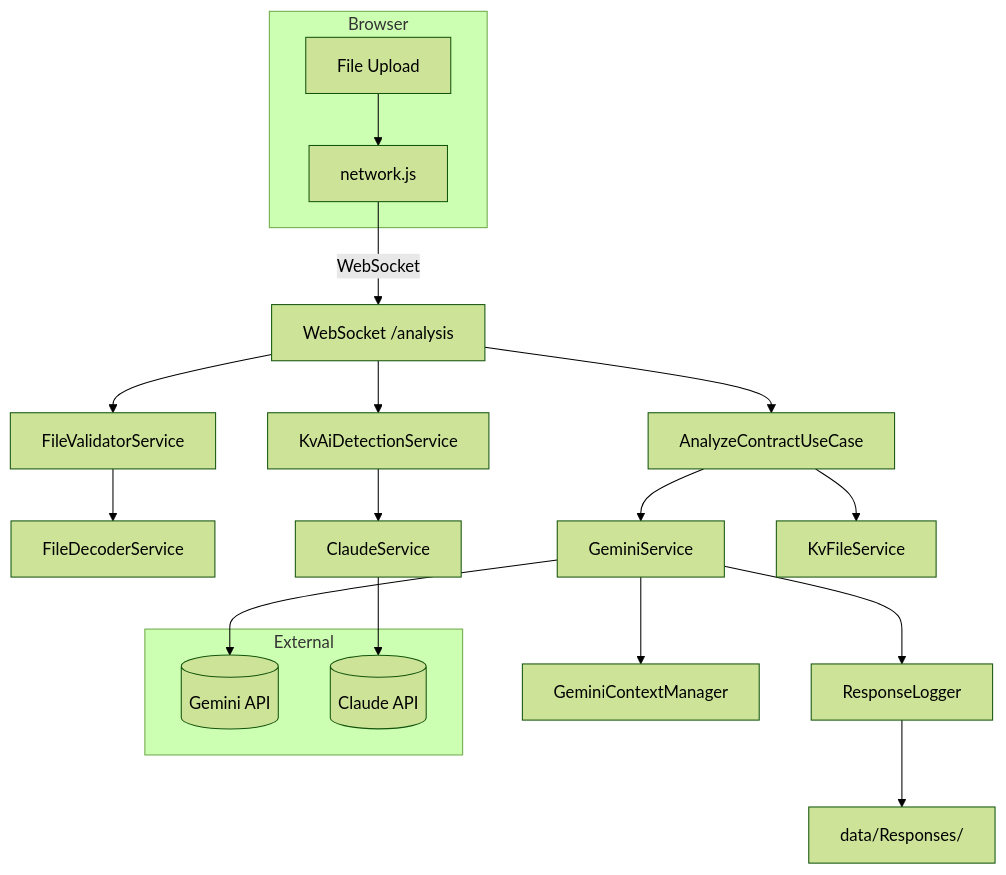
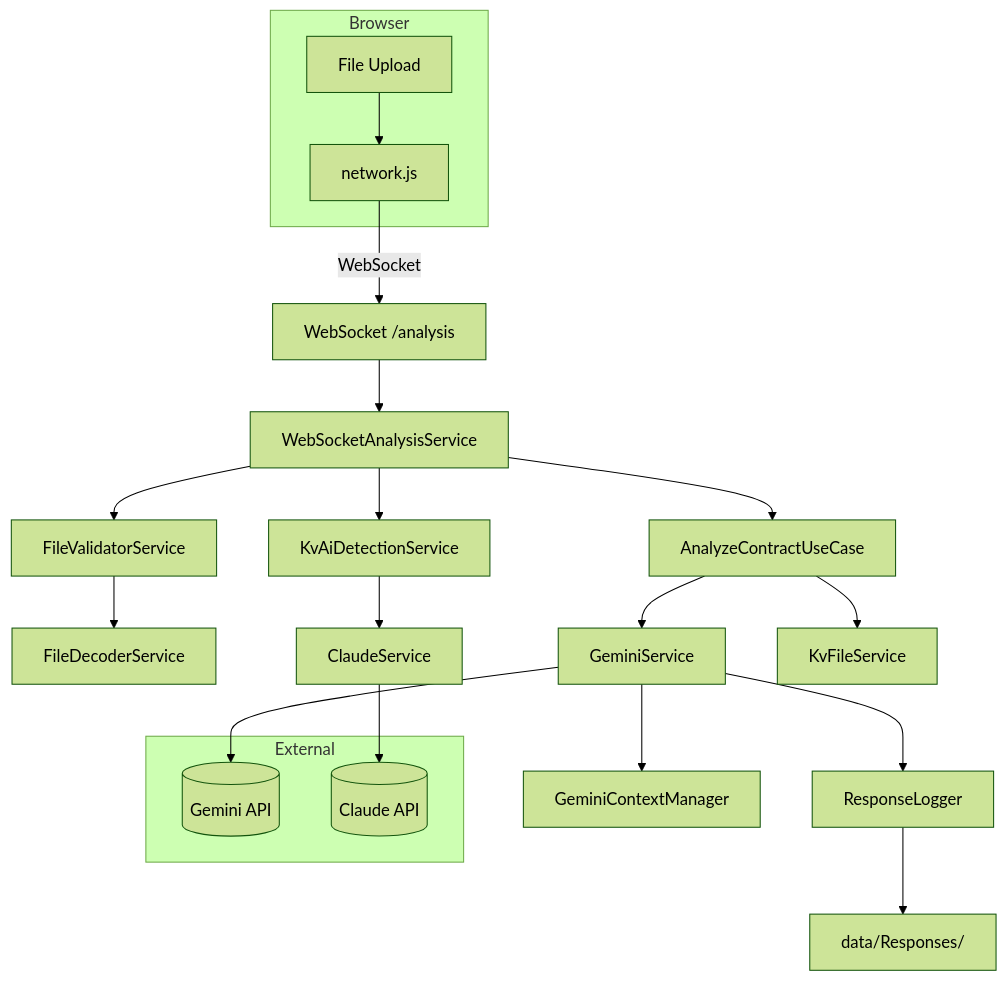
The fourth of 6 diagrams in docs/Diagrams/diagrams.md (sebastian-305/PocketLawyer), drawn with Mermaid (forest theme) before and after one commit. The commit also changed other lines of this file, not shown here.

Commit message:
Update diagrams with WebSocketAnalysisService

````diff
--- a/docs/Diagrams/diagrams.md
+++ b/docs/Diagrams/diagrams.md
@@ -141,23 +146,24 @@
 ```mermaid
 graph TD
     subgraph Browser
         U[File Upload] --> N[network.js]
     end
     N -- WebSocket --> PC[WebSocket /analysis]
-    PC --> FV[FileValidatorService]
+    PC --> WSAS[WebSocketAnalysisService]
+    WSAS --> FV[FileValidatorService]
     FV --> FDS[FileDecoderService]
-    PC --> KD[KvAiDetectionService]
+    WSAS --> KD[KvAiDetectionService]
     KD --> CLA[ClaudeService]
-    PC --> CA[AnalyzeContractUseCase]
+    WSAS --> CA[AnalyzeContractUseCase]
     CA --> GEM[GeminiService]
     CA --> KFS[KvFileService]
     GEM --> RL[ResponseLogger]
     GEM --> GCM[GeminiContextManager]
     RL --> Files[data/Responses/]
     subgraph External
         GeminiAPI[(Gemini API)]
         ClaudeAPI[(Claude API)]
     end
     GEM --> GeminiAPI
     CLA --> ClaudeAPI
 ```
````
